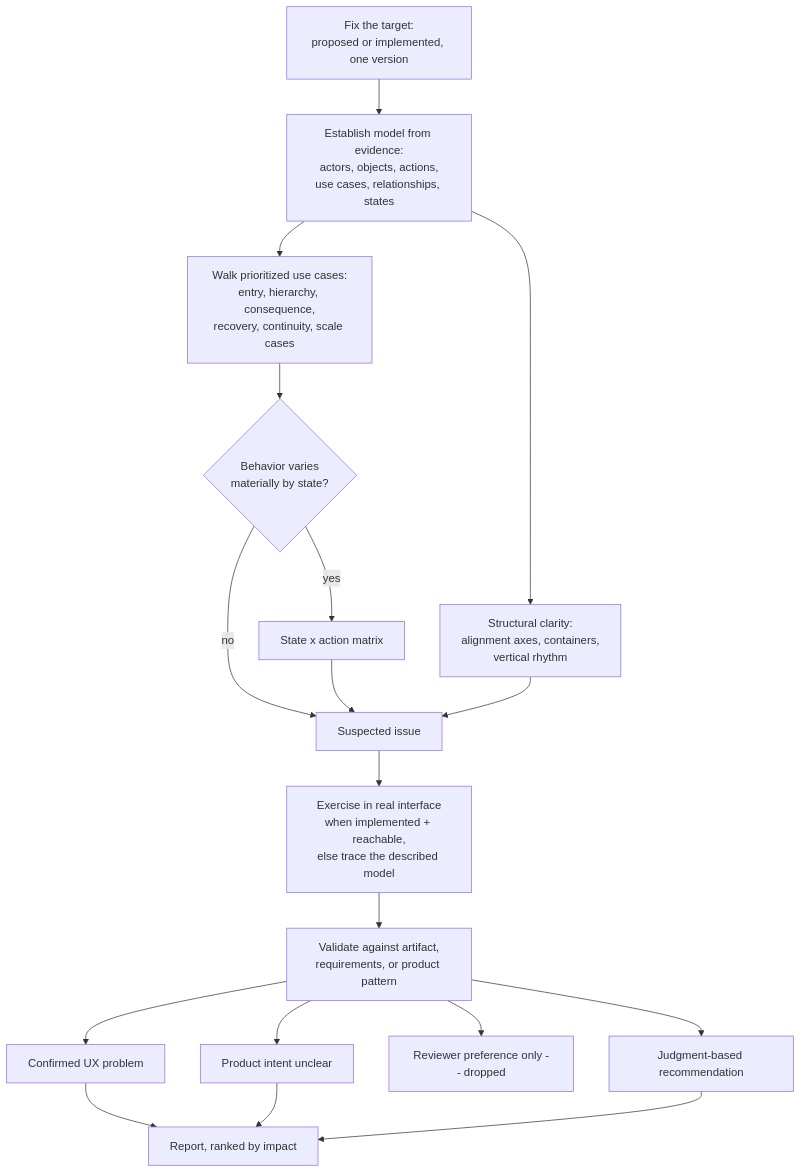
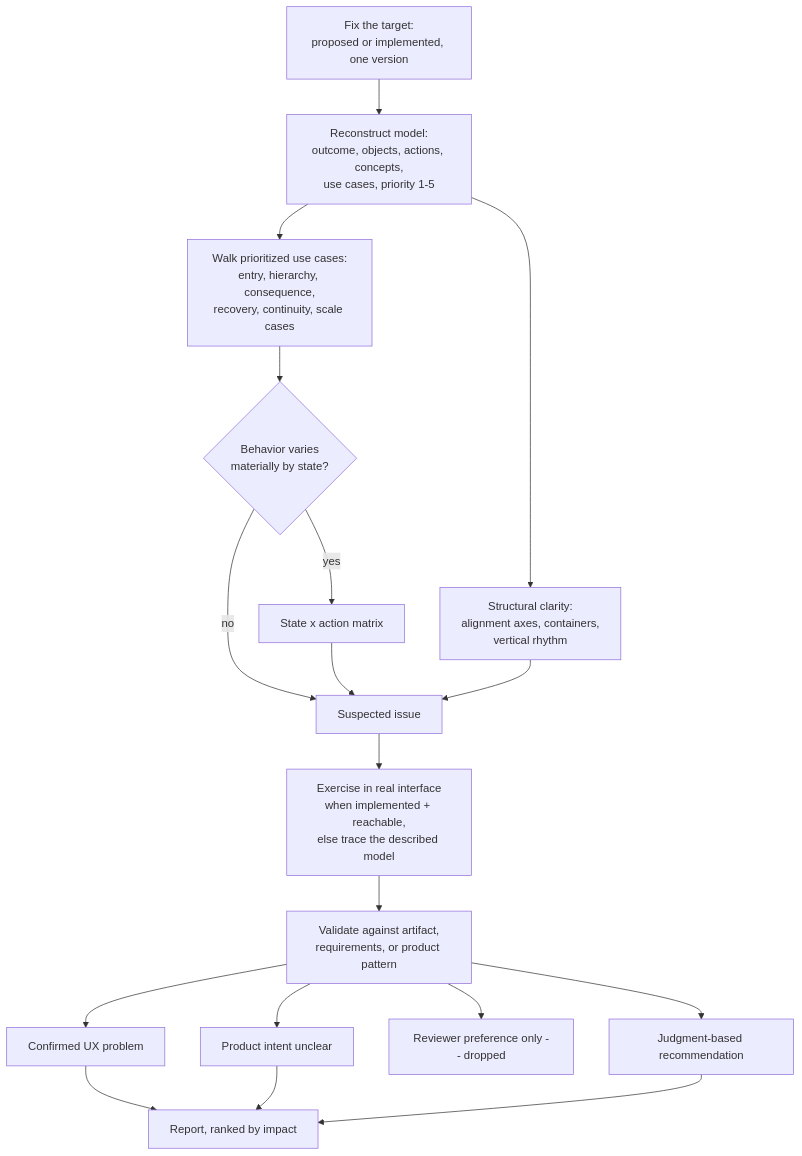
One commit to onehorizonai/directory changed the diagram in skills/review-ux/SKILL.md. Above: the diagram before and after it, drawn with Mermaid. The commit also changed other lines of this file and 99 other files, not shown here.

````diff
--- a/skills/review-ux/SKILL.md
+++ b/skills/review-ux/SKILL.md
@@ -189,20 +176,20 @@
 ```mermaid
 flowchart TD
-  Fix[Fix the target:<br/>proposed or implemented, one version] --> Model[Establish model from evidence:<br/>actors, objects, actions,<br/>use cases, relationships, states]
+  Fix[Fix the target:<br/>proposed or implemented, one version] --> Model[Reconstruct model:<br/>outcome, objects, actions, concepts,<br/>use cases, priority 1-5]
   Model --> Walk[Walk prioritized use cases:<br/>entry, hierarchy, consequence,<br/>recovery, continuity, scale cases]
   Model --> Structure[Structural clarity:<br/>alignment axes, containers,<br/>vertical rhythm]
   Walk --> Matrix{Behavior varies<br/>materially by state?}
   Matrix -->|yes| StateAction[State x action matrix]
   Matrix -->|no| Suspect
   StateAction --> Suspect[Suspected issue]
   Structure --> Suspect
   Suspect --> Exercise[Exercise in real interface<br/>when implemented + reachable,<br/>else trace the described model]
   Exercise --> Validate[Validate against artifact,<br/>requirements, or product pattern]
   Validate --> Problem[Confirmed UX problem]
   Validate --> Question[Product intent unclear]
   Validate --> Taste[Reviewer preference only -- dropped]
   Validate --> Rec[Judgment-based recommendation]
   Problem --> Report[Report, ranked by impact]
   Question --> Report
   Rec --> Report
 ```
````
